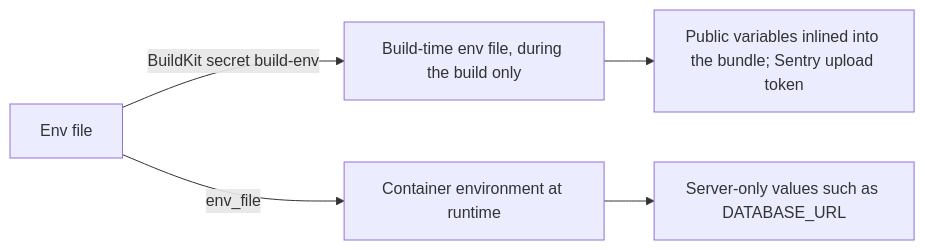
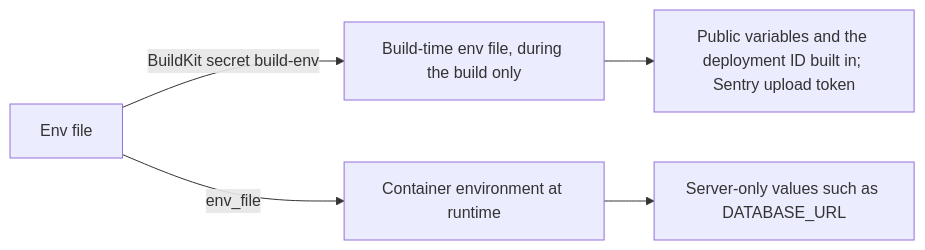
One commit to tnsgud9/nextjs-webapp-foundation changed the third of 3 diagrams in docs/delivery.md. Above: the diagram before and after it, drawn with Mermaid. The commit also changed other lines of this file and 9 other files, not shown here.

````diff
--- a/docs/delivery.md
+++ b/docs/delivery.md
@@ -70,7 +70,7 @@
 ```mermaid
 flowchart LR
   Env["Env file"] -->|"BuildKit secret build-env"| Mount["Build-time env file, during the build only"]
-  Mount --> Bundle["Public variables inlined into the bundle; Sentry upload token"]
+  Mount --> Bundle["Public variables and the deployment ID built in; Sentry upload token"]
   Env -->|"env_file"| Runtime["Container environment at runtime"]
   Runtime --> Server["Server-only values such as DATABASE_URL"]
 ```
````
